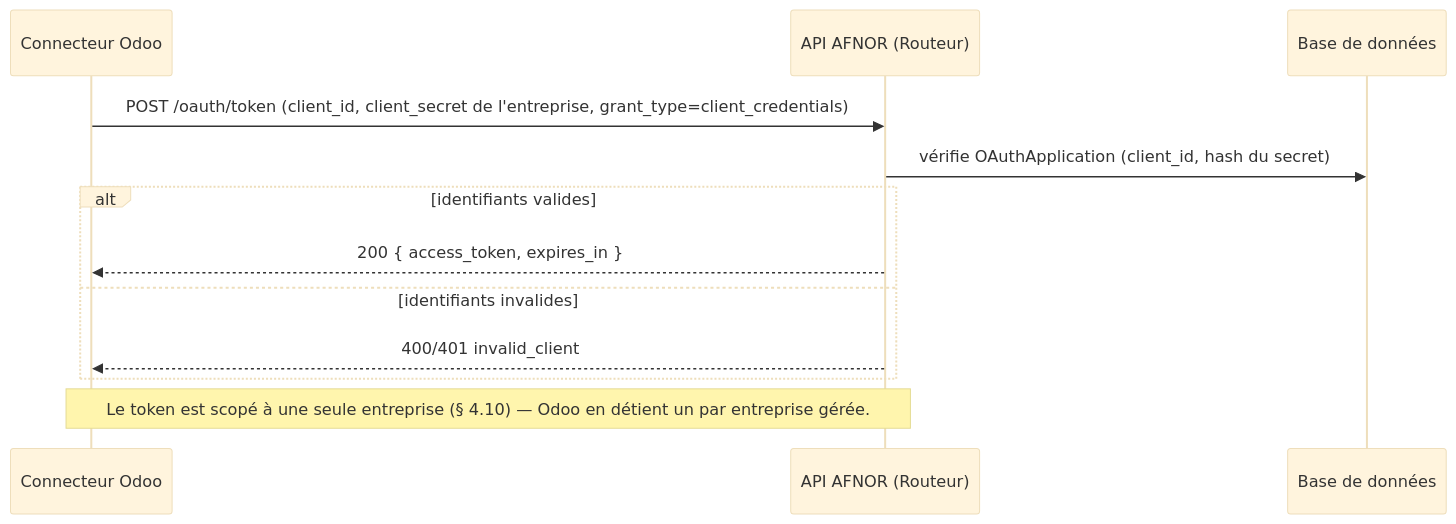
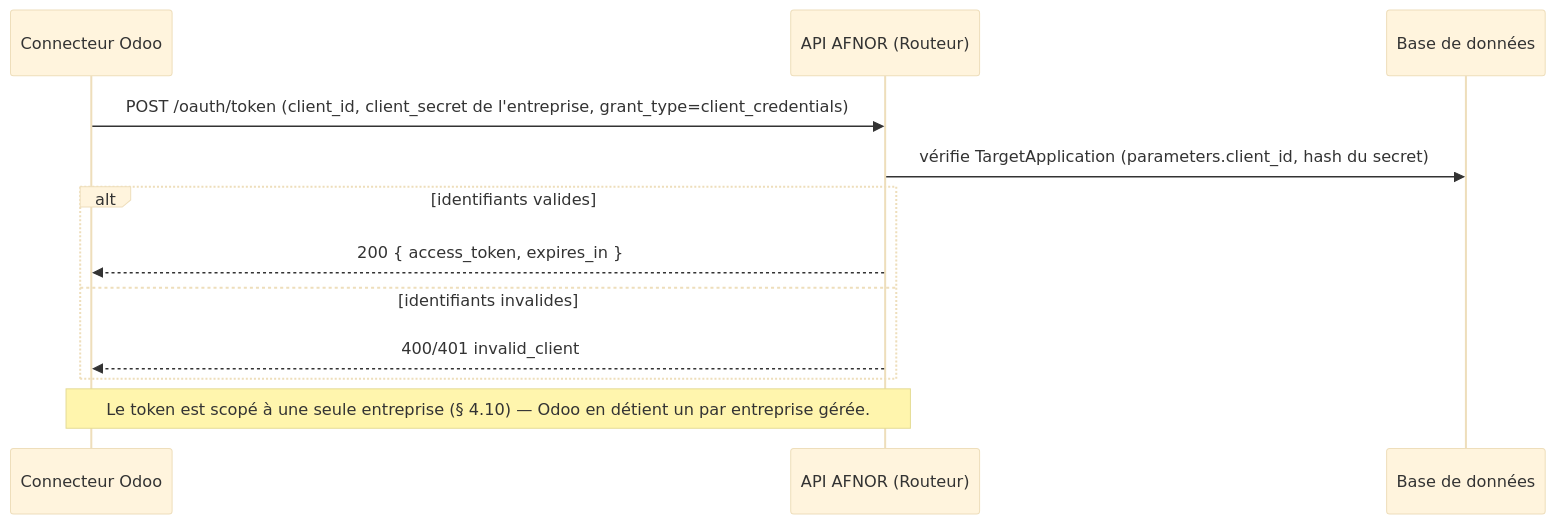
Before and after one commit to yuntux/einvoicing_router: the sixth of 10 diagrams in spec.md, drawn with Mermaid (base theme). The commit also changed other lines of this file and 79 other files, not shown here.

````diff
--- a/spec.md
+++ b/spec.md
@@ -632,15 +625,15 @@
 ```mermaid
 sequenceDiagram
     participant Odoo as Connecteur Odoo
     participant Routeur as API AFNOR (Routeur)
     participant DB as Base de données
 
     Odoo->>Routeur: POST /oauth/token (client_id, client_secret de l'entreprise, grant_type=client_credentials)
-    Routeur->>DB: vérifie OAuthApplication (client_id, hash du secret)
+    Routeur->>DB: vérifie TargetApplication (parameters.client_id, hash du secret)
     alt identifiants valides
         Routeur-->>Odoo: 200 { access_token, expires_in }
     else identifiants invalides
         Routeur-->>Odoo: 400/401 invalid_client
     end
     Note over Odoo,Routeur: Le token est scopé à une seule entreprise (§ 4.10) — Odoo en détient un par entreprise gérée.
 ```
````
